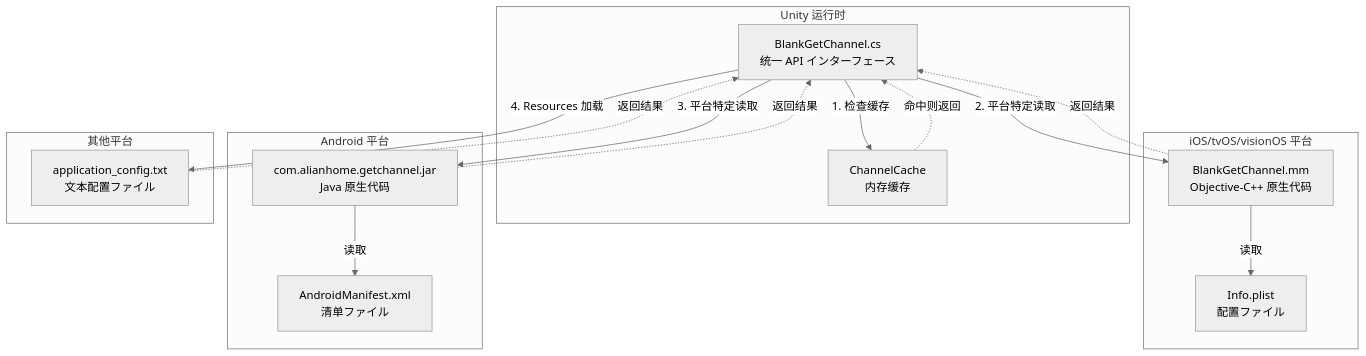
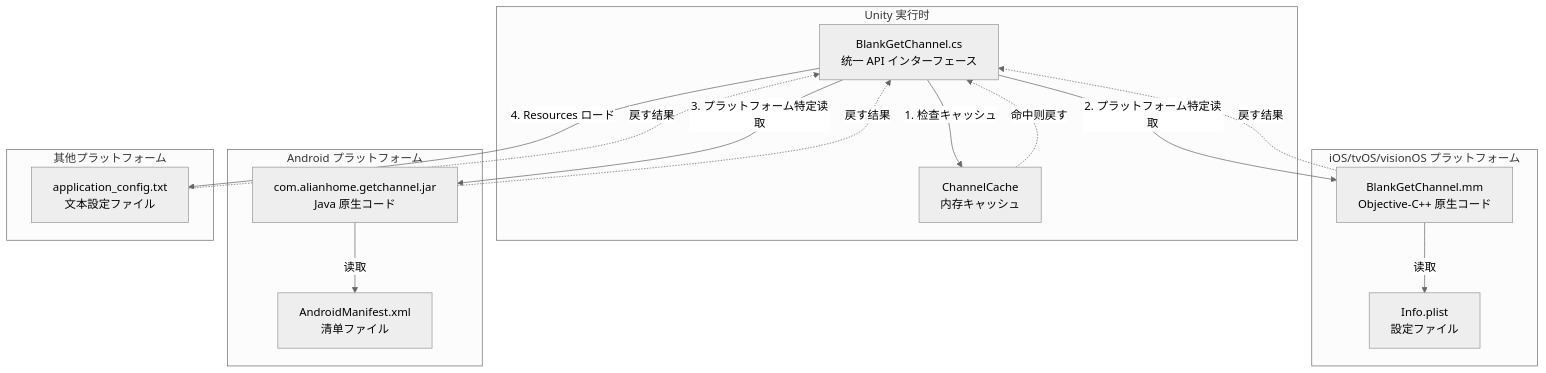
One commit to AlianBlank/GameFrameX.Docs changed the first of 3 diagrams in docs/ja/client/unity/component/getchannel/04.platform-configuration.md. Above: the diagram before and after it, drawn with Mermaid (neutral theme). The commit also changed other lines of this file and 320 other files, not shown here.

````diff
--- a/docs/ja/client/unity/component/getchannel/04.platform-configuration.md
+++ b/docs/ja/client/unity/component/getchannel/04.platform-configuration.md
@@ -17,34 +17,34 @@
 ```mermaid
 graph TD
-    subgraph Unity["Unity 运行时"]
+    subgraph Unity["Unity 実行时"]
         API["BlankGetChannel.cs<br/>统一 API インターフェース"]
-        Cache["ChannelCache<br/>内存缓存"]
+        Cache["ChannelCache<br/>内存キャッシュ"]
     end
 
-    subgraph iOS["iOS/tvOS/visionOS 平台"]
-        ObjC["BlankGetChannel.mm<br/>Objective-C++ 原生代码"]
-        Plist["Info.plist<br/>配置ファイル"]
+    subgraph iOS["iOS/tvOS/visionOS プラットフォーム"]
+        ObjC["BlankGetChannel.mm<br/>Objective-C++ 原生コード"]
+        Plist["Info.plist<br/>設定ファイル"]
     end
 
-    subgraph Android["Android 平台"]
-        Java["com.alianhome.getchannel.jar<br/>Java 原生代码"]
+    subgraph Android["Android プラットフォーム"]
+        Java["com.alianhome.getchannel.jar<br/>Java 原生コード"]
         Manifest["AndroidManifest.xml<br/>清单ファイル"]
     end
 
-    subgraph Other["其他平台"]
-        Config["application_config.txt<br/>文本配置ファイル"]
+    subgraph Other["其他プラットフォーム"]
+        Config["application_config.txt<br/>文本設定ファイル"]
     end
 
-    API -->|1. 检查缓存| Cache
-    API -->|2. 平台特定读取| ObjC
-    API -->|3. 平台特定读取| Java
-    API -->|4. Resources 加载| Config
+    API -->|1. 检查キャッシュ| Cache
+    API -->|2. プラットフォーム特定读取| ObjC
+    API -->|3. プラットフォーム特定读取| Java
+    API -->|4. Resources ロード| Config
     
     ObjC -->|读取| Plist
     Java -->|读取| Manifest
     
-    Cache -.->|命中则返回| API
-    ObjC -.->|返回结果| API
-    Java -.->|返回结果| API
-    Config -.->|返回结果| API
+    Cache -.->|命中则戻す| API
+    ObjC -.->|戻す结果| API
+    Java -.->|戻す结果| API
+    Config -.->|戻す结果| API
 ```
````
